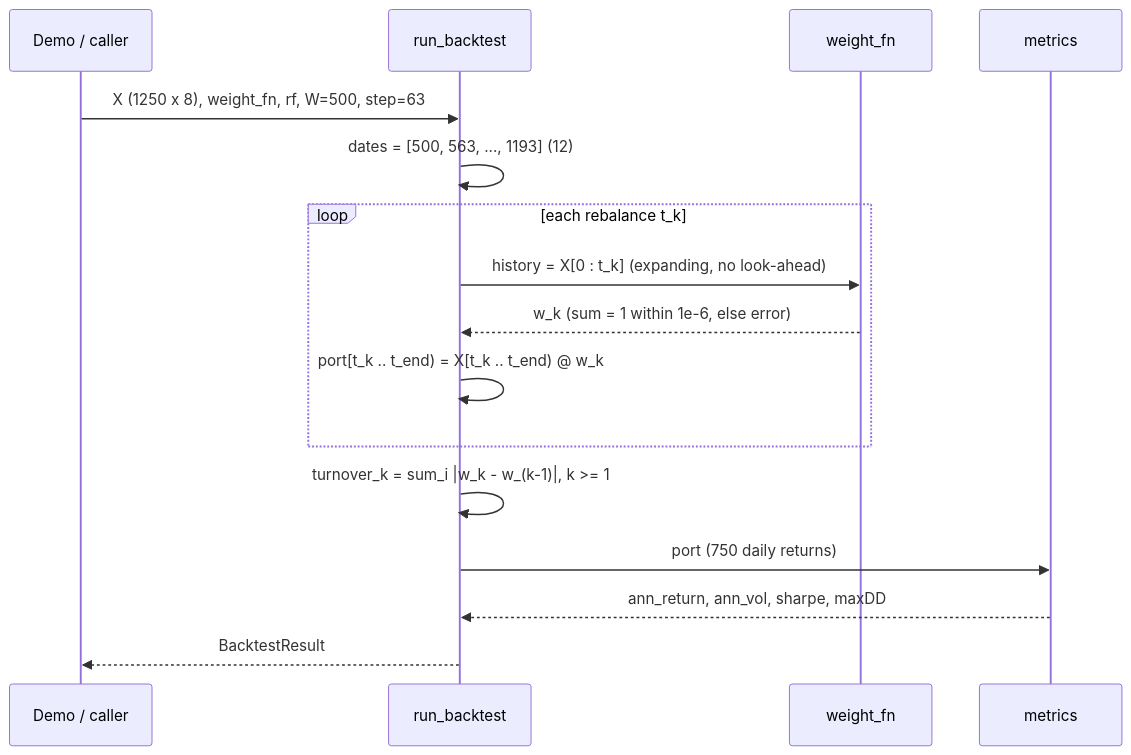
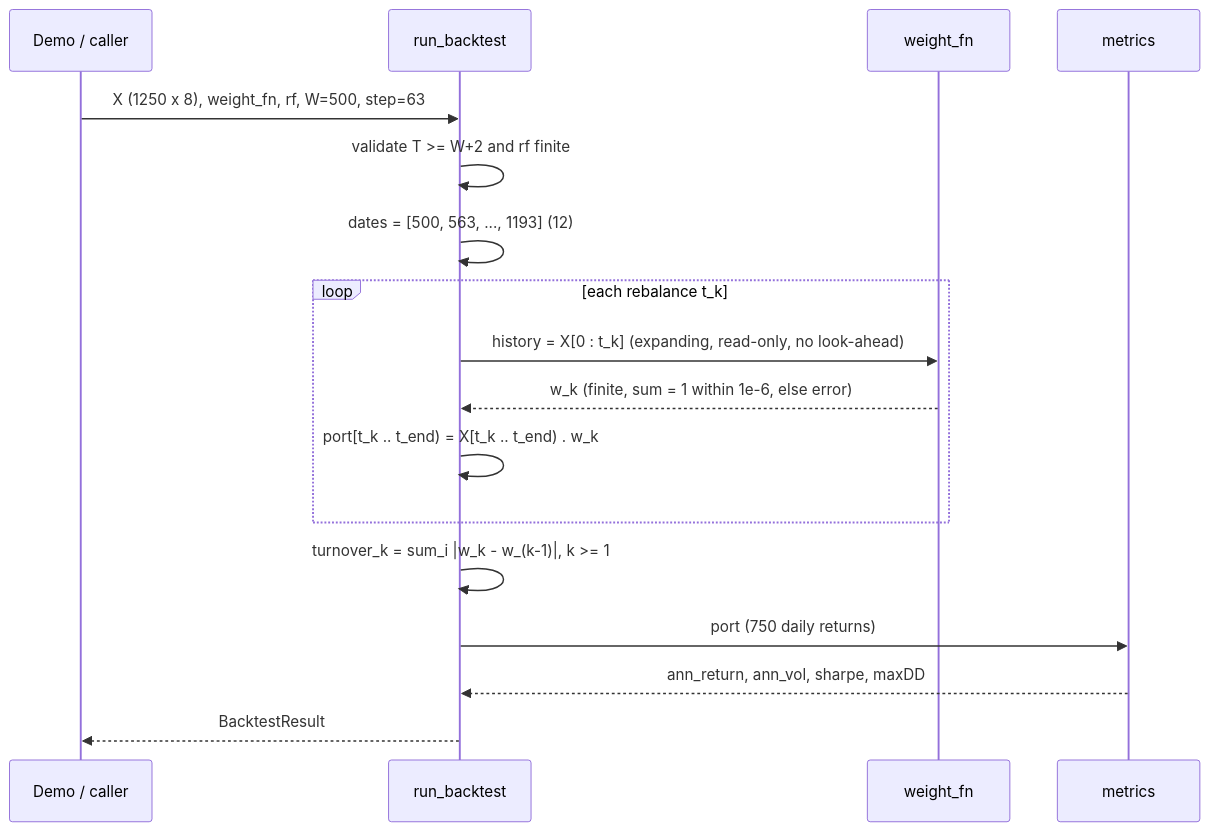
The diagram in docs/diagrams/backtest_sequence.mmd (AshJha0/portfolio-construction), drawn with Mermaid before and after one commit. The commit also changed 75 other files, not shown here.

```diff
--- a/docs/diagrams/backtest_sequence.mmd
+++ b/docs/diagrams/backtest_sequence.mmd
@@ -1,17 +1,18 @@
 sequenceDiagram
     participant D as Demo / caller
     participant B as run_backtest
     participant W as weight_fn
     participant M as metrics
 
     D->>B: X (1250 x 8), weight_fn, rf, W=500, step=63
+    B->>B: validate T >= W+2 and rf finite
     B->>B: dates = [500, 563, ..., 1193] (12)
     loop each rebalance t_k
-        B->>W: history = X[0 : t_k]  (expanding, no look-ahead)
-        W-->>B: w_k (sum = 1 within 1e-6, else error)
-        B->>B: port[t_k .. t_end) = X[t_k .. t_end) @ w_k
+        B->>W: history = X[0 : t_k]  (expanding, read-only, no look-ahead)
+        W-->>B: w_k (finite, sum = 1 within 1e-6, else error)
+        B->>B: port[t_k .. t_end) = X[t_k .. t_end) . w_k
     end
     B->>B: turnover_k = sum_i |w_k - w_(k-1)|, k >= 1
     B->>M: port (750 daily returns)
     M-->>B: ann_return, ann_vol, sharpe, maxDD
     B-->>D: BacktestResult
```
